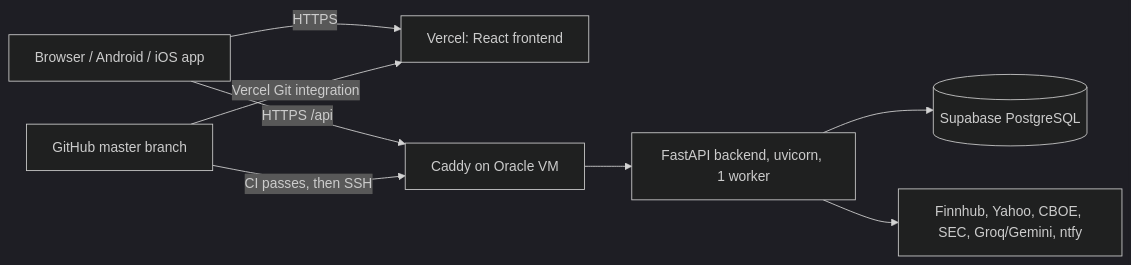
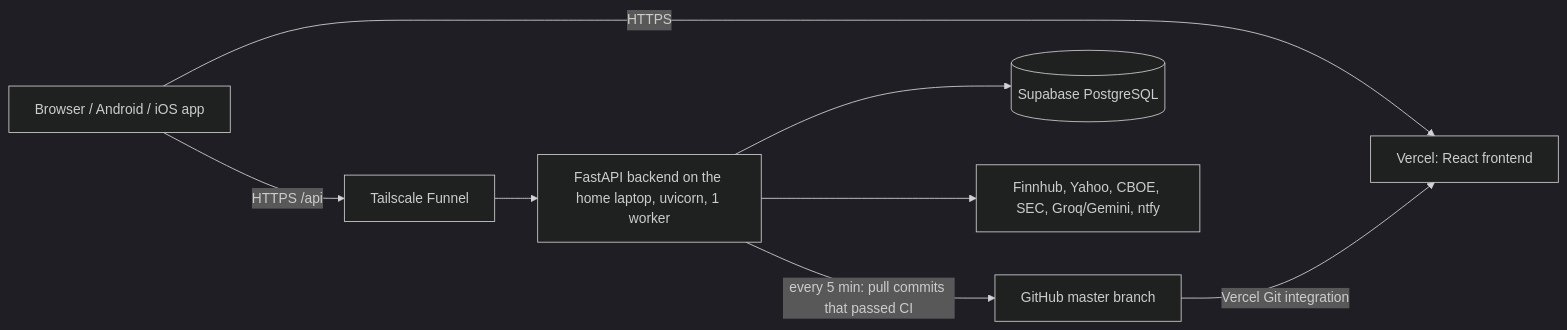
One commit to saikovuri/Stock_Insights_dashboard changed the diagram in setup.md. Above: the diagram before and after it, drawn with Mermaid (dark theme). The commit also changed other lines of this file and 5 other files, not shown here.

Commit message:
Production backend moved to the home laptop (Tailscale Funnel): docs, CSP, setup script

````diff
--- a/setup.md
+++ b/setup.md
@@ -30,10 +30,10 @@
 ```mermaid
 flowchart LR
   U[Browser / Android / iOS app] -->|HTTPS| V[Vercel: React frontend]
-  U -->|HTTPS /api| C[Caddy on Oracle VM]
-  C --> B[FastAPI backend, uvicorn, 1 worker]
+  U -->|HTTPS /api| F[Tailscale Funnel]
+  F --> B[FastAPI backend on the home laptop, uvicorn, 1 worker]
   B --> DB[(Supabase PostgreSQL)]
   B --> P[Finnhub, Yahoo, CBOE, SEC, Groq/Gemini, ntfy]
-  GH[GitHub master branch] -->|CI passes, then SSH| C
+  B -->|every 5 min: pull commits that passed CI| GH[GitHub master branch]
   GH -->|Vercel Git integration| V
 ```
````
